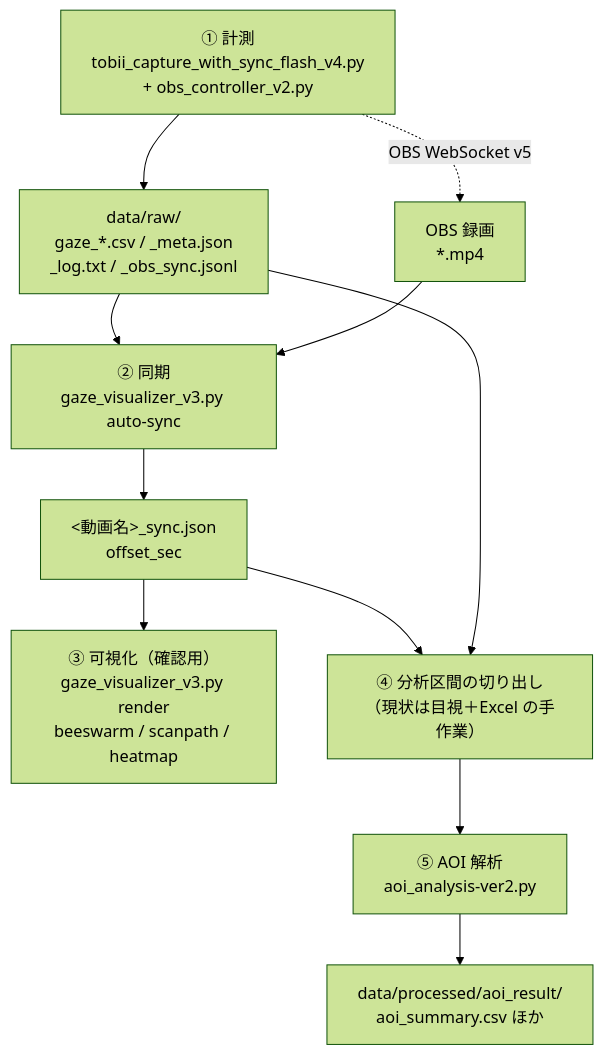
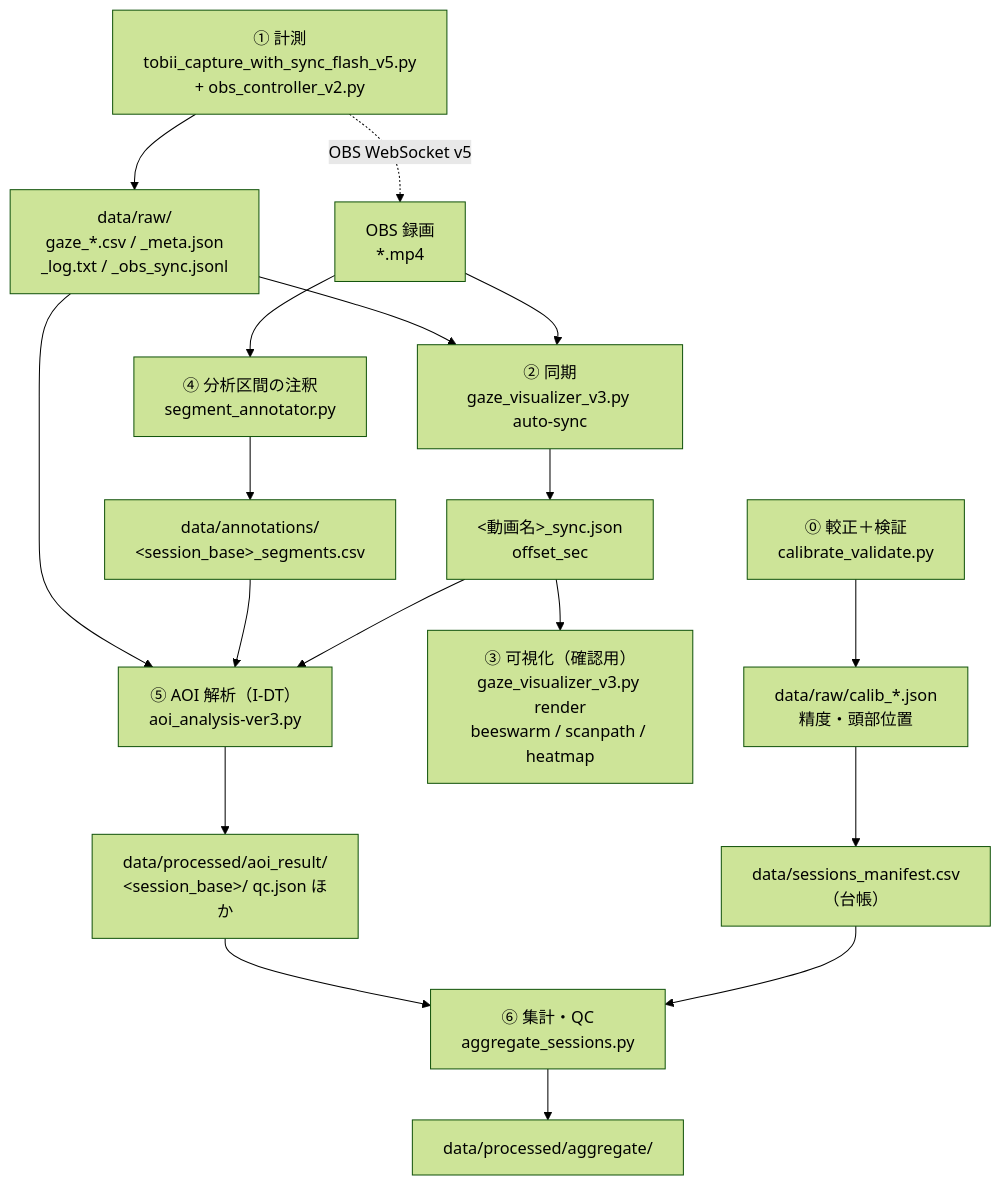
Before and after one commit to 1304455/fps-gaze-research_2026: the diagram in README.md, drawn with Mermaid (forest theme). The commit also changed other lines of this file and 4 other files, not shown here.

````diff
--- a/README.md
+++ b/README.md
@@ -57,13 +60,20 @@
 ```mermaid
 flowchart TD
-    A["① 計測<br/>tobii_capture_with_sync_flash_v4.py<br/>+ obs_controller_v2.py"] --> B["data/raw/<br/>gaze_*.csv / _meta.json<br/>_log.txt / _obs_sync.jsonl"]
+    Z["⓪ 較正＋検証<br/>calibrate_validate.py"] --> ZC["data/raw/calib_*.json<br/>精度・頭部位置"]
+    A["① 計測<br/>tobii_capture_with_sync_flash_v5.py<br/>+ obs_controller_v2.py"] --> B["data/raw/<br/>gaze_*.csv / _meta.json<br/>_log.txt / _obs_sync.jsonl"]
     A -. "OBS WebSocket v5" .-> V["OBS 録画<br/>*.mp4"]
     B --> C["② 同期<br/>gaze_visualizer_v3.py auto-sync"]
     V --> C
     C --> D["&lt;動画名&gt;_sync.json<br/>offset_sec"]
     D --> E["③ 可視化（確認用）<br/>gaze_visualizer_v3.py render<br/>beeswarm / scanpath / heatmap"]
-    D --> F["④ 分析区間の切り出し<br/>（現状は目視＋Excel の手作業）"]
-    B --> F
-    F --> G["⑤ AOI 解析<br/>aoi_analysis-ver2.py"]
-    G --> H["data/processed/aoi_result/<br/>aoi_summary.csv ほか"]
+    V --> F["④ 分析区間の注釈<br/>segment_annotator.py"]
+    F --> FA["data/annotations/<br/>&lt;session_base&gt;_segments.csv"]
+    B --> G["⑤ AOI 解析（I-DT）<br/>aoi_analysis-ver3.py"]
+    FA --> G
+    D --> G
+    G --> H["data/processed/aoi_result/<br/>&lt;session_base&gt;/ qc.json ほか"]
+    H --> I["⑥ 集計・QC<br/>aggregate_sessions.py"]
+    M["data/sessions_manifest.csv<br/>（台帳）"] --> I
+    ZC --> M
+    I --> J["data/processed/aggregate/"]
 ```
````
